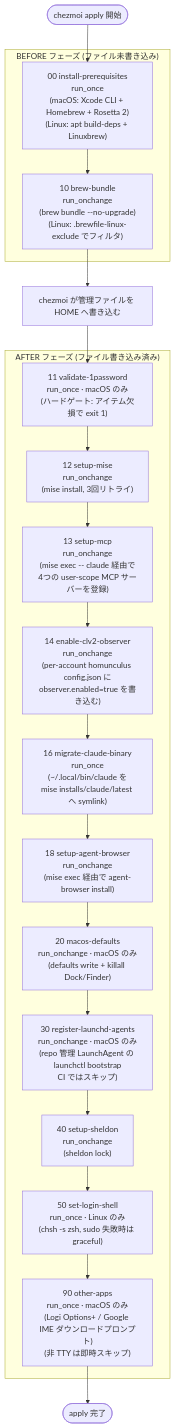
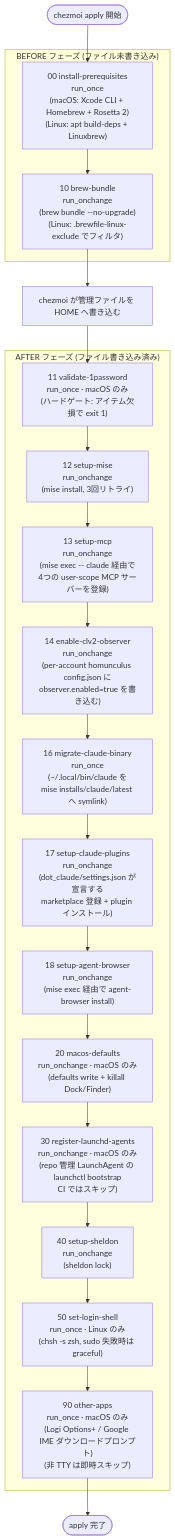
One commit to kryota-dev/dotfiles changed the diagram in docs/architecture/lifecycle-scripts.ja.md. Above: the diagram before and after it, drawn with Mermaid. The commit also changed other lines of this file and 6 other files, not shown here.

First line of the commit message:
feat(claude): manage Claude Code plugins declaratively from settings.json (#292)

````diff
--- a/docs/architecture/lifecycle-scripts.ja.md
+++ b/docs/architecture/lifecycle-scripts.ja.md
@@ -22,29 +22,30 @@
 ```mermaid
 flowchart TD
     A([chezmoi apply 開始]) --> B
 
     subgraph BEFORE ["BEFORE フェーズ (ファイル未書き込み)"]
         B["00 install-prerequisites\nrun_once\n(macOS: Xcode CLI + Homebrew + Rosetta 2)\n(Linux: apt build-deps + Linuxbrew)"]
         B --> C["10 brew-bundle\nrun_onchange\n(brew bundle --no-upgrade)\n(Linux: .brewfile-linux-exclude でフィルタ)"]
     end
 
     C --> FILES[chezmoi が管理ファイルを HOME へ書き込む]
 
     FILES --> D
 
     subgraph AFTER ["AFTER フェーズ (ファイル書き込み済み)"]
         D["11 validate-1password\nrun_once · macOS のみ\n(ハードゲート: アイテム欠損で exit 1)"]
         D --> E["12 setup-mise\nrun_onchange\n(mise install, 3回リトライ)"]
         E --> F["13 setup-mcp\nrun_onchange\n(mise exec -- claude 経由で\n4つの user-scope MCP サーバーを登録)"]
         F --> G["14 enable-clv2-observer\nrun_onchange\n(per-account homunculus config.json に\nobserver.enabled=true を書き込む)"]
         G --> H["16 migrate-claude-binary\nrun_once\n(~/.local/bin/claude を\nmise installs/claude/latest へ symlink)"]
-        H --> I["18 setup-agent-browser\nrun_onchange\n(mise exec 経由で agent-browser install)"]
+        H --> H2["17 setup-claude-plugins\nrun_onchange\n(dot_claude/settings.json が宣言する\nmarketplace 登録 + plugin インストール)"]
+        H2 --> I["18 setup-agent-browser\nrun_onchange\n(mise exec 経由で agent-browser install)"]
         I --> J["20 macos-defaults\nrun_onchange · macOS のみ\n(defaults write + killall Dock/Finder)"]
         J --> J2["30 register-launchd-agents\nrun_onchange · macOS のみ\n(repo 管理 LaunchAgent の launchctl bootstrap\nCI ではスキップ)"]
         J2 --> K["40 setup-sheldon\nrun_onchange\n(sheldon lock)"]
         K --> L["50 set-login-shell\nrun_once · Linux のみ\n(chsh -s zsh, sudo 失敗時は graceful)"]
         L --> M["90 other-apps\nrun_once · macOS のみ\n(Logi Options+ / Google IME ダウンロードプロンプト)\n(非 TTY は即時スキップ)"]
     end
 
     M --> N([apply 完了])
 ```
````
